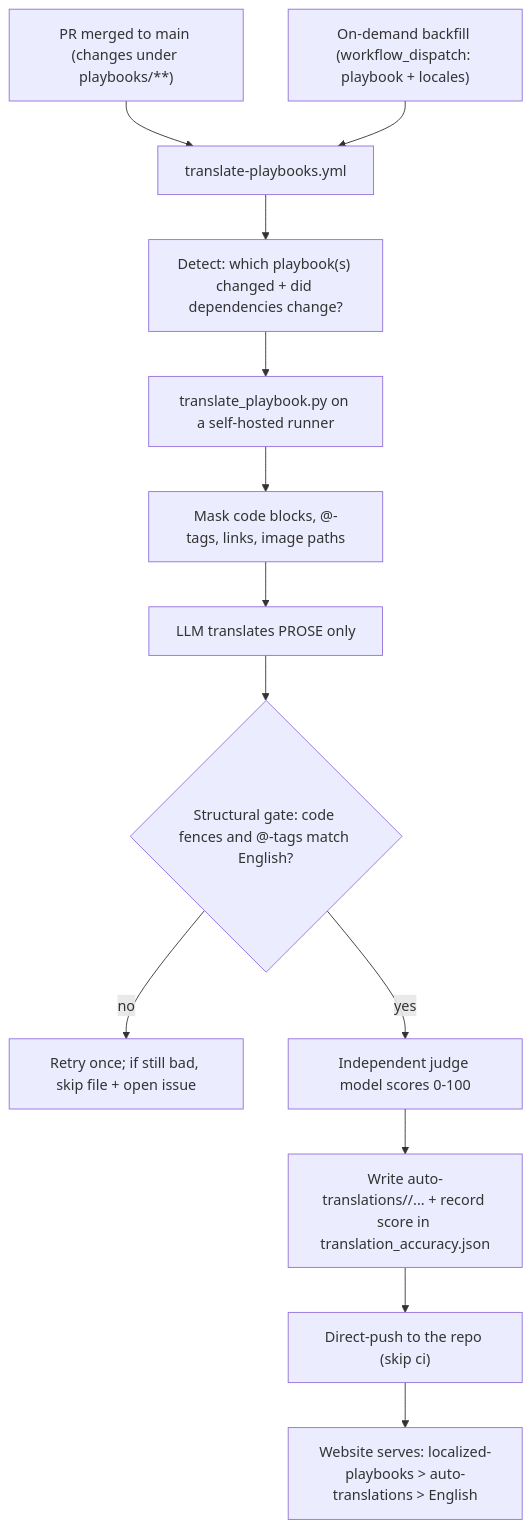
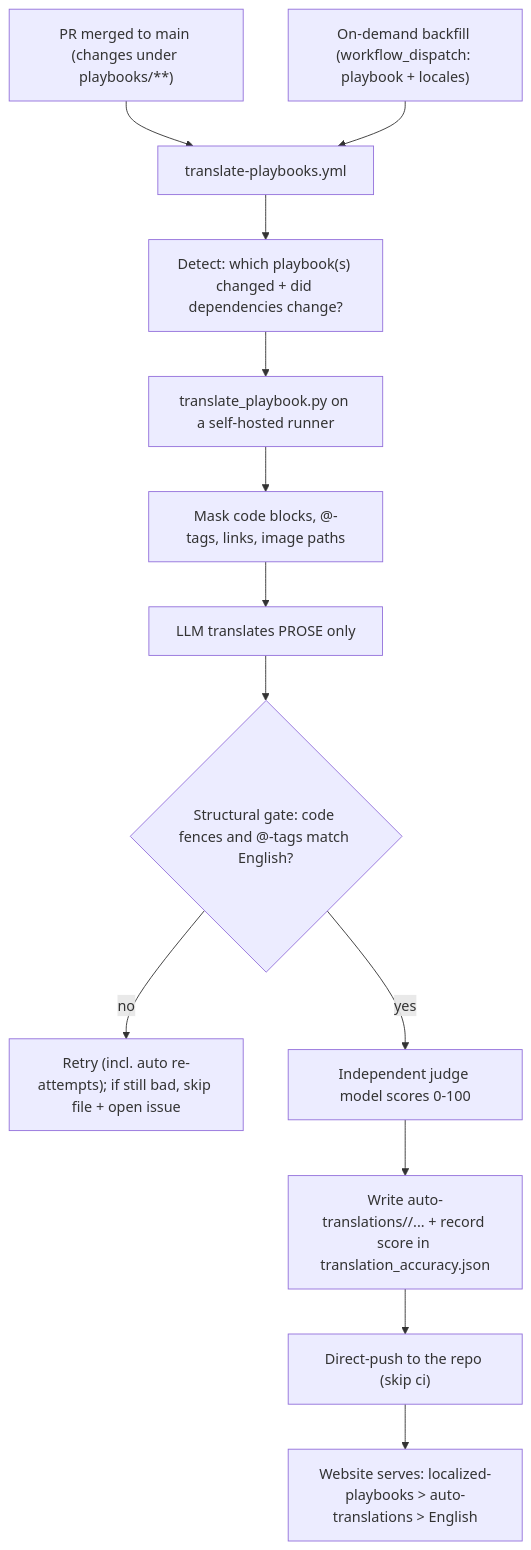
One commit to amd/playbooks changed the diagram in auto-translations/README.md. Above: the diagram before and after it, drawn with Mermaid. The commit also changed other lines of this file and 1 other file, not shown here.

First line of the commit message:
Auto-retry files that fail the structural gate (CI self-heals)

````diff
--- a/auto-translations/README.md
+++ b/auto-translations/README.md
@@ -24,15 +24,15 @@
 ```mermaid
 flowchart TD
   PR["PR merged to main (changes under playbooks/**)"] --> WF["translate-playbooks.yml"]
   Dispatch["On-demand backfill (workflow_dispatch: playbook + locales)"] --> WF
   WF --> DETECT["Detect: which playbook(s) changed + did dependencies change?"]
   DETECT --> ENGINE["translate_playbook.py on a self-hosted runner"]
   ENGINE --> MASK["Mask code blocks, @-tags, links, image paths"]
   MASK --> MODEL["LLM translates PROSE only"]
   MODEL --> GATE{"Structural gate: code fences and @-tags match English?"}
-  GATE -- no --> RETRY["Retry once; if still bad, skip file + open issue"]
+  GATE -- no --> RETRY["Retry (incl. auto re-attempts); if still bad, skip file + open issue"]
   GATE -- yes --> SCORE["Independent judge model scores 0-100"]
   SCORE --> WRITE["Write auto-translations/<locale>/... + record score in translation_accuracy.json"]
   WRITE --> PUSH["Direct-push to the repo (skip ci)"]
   PUSH --> SITE["Website serves: localized-playbooks > auto-translations > English"]
 ```
````
